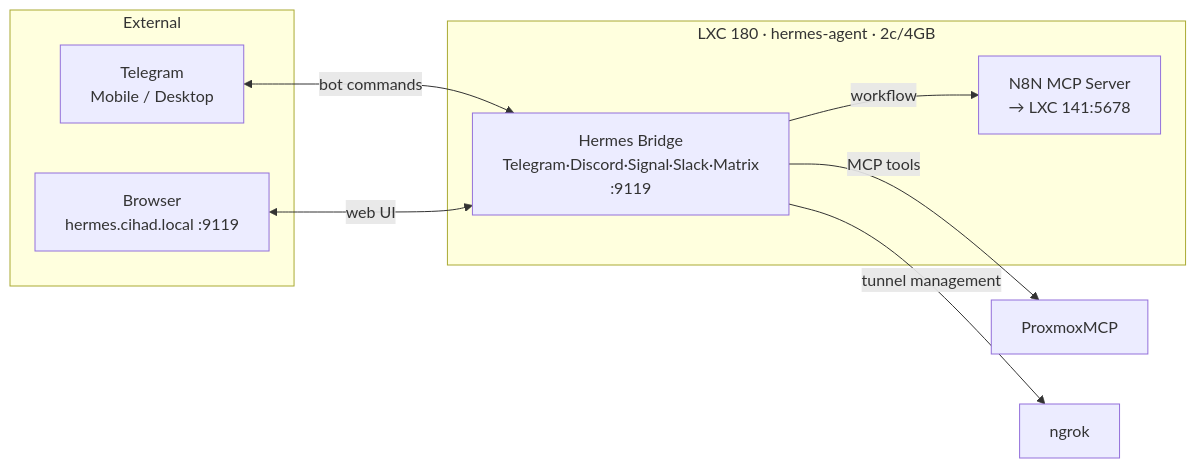
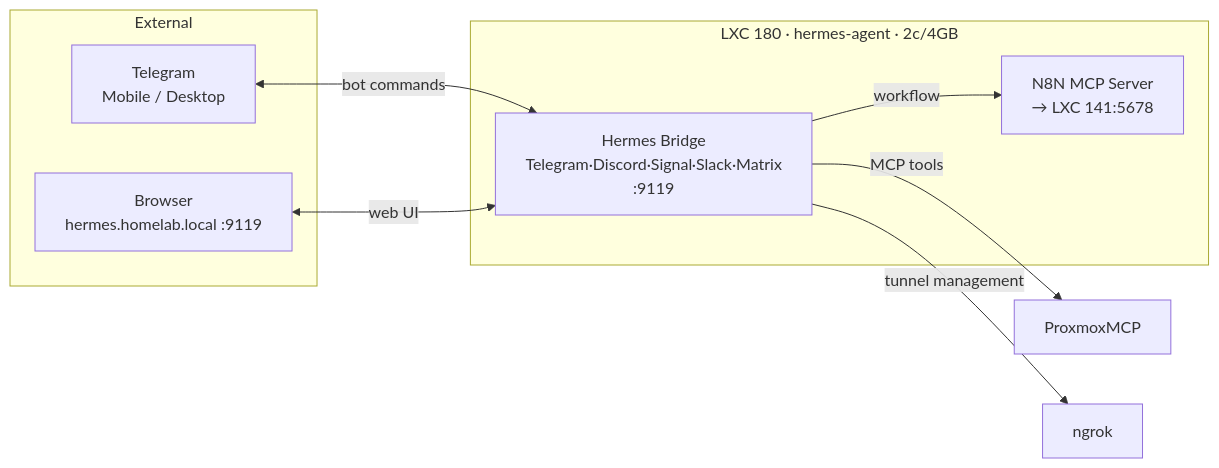
One commit to cihadkocasahan/ProxmoxHomeLab changed the third of 16 diagrams in DETAILS_EN.md. Above: the diagram before and after it, drawn with Mermaid. The commit also changed other lines of this file and 5 other files, not shown here.

Commit message:
refactor(docs): anonymize host environment to MyEnv and local domain to homelab.local

````diff
--- a/DETAILS_EN.md
+++ b/DETAILS_EN.md
@@ -180,18 +180,18 @@
 ```mermaid
 graph LR
     subgraph OUTSIDE["External"]
         TG_APP["Telegram\nMobile / Desktop"]
-        BROWSER["Browser\nhermes.cihad.local :9119"]
+        BROWSER["Browser\nhermes.homelab.local :9119"]
     end
 
     subgraph LXC180["LXC 180 · hermes-agent · 2c/4GB"]
         HRM["Hermes Bridge\nTelegram·Discord·Signal·Slack·Matrix\n:9119"]
         N8NMCP["N8N MCP Server\n→ LXC 141:5678"]
     end
 
     TG_APP <-->|bot commands| HRM
     BROWSER <-->|web UI| HRM
     HRM -->|MCP tools| MCPSRV["ProxmoxMCP"]
     HRM -->|workflow| N8NMCP
     HRM -->|tunnel management| NGROK["ngrok"]
 ```
````
